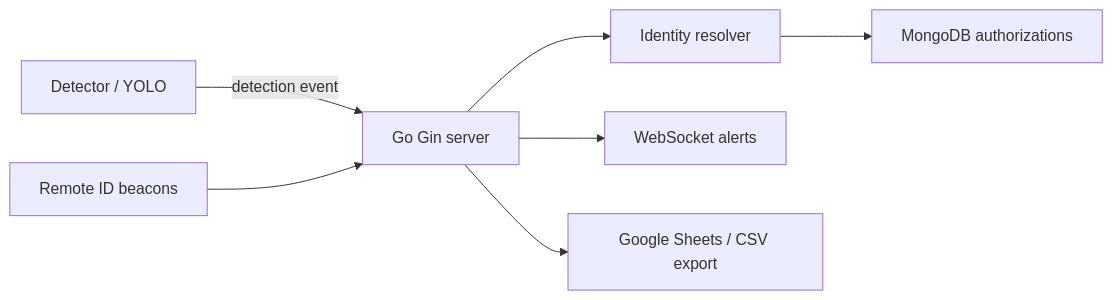
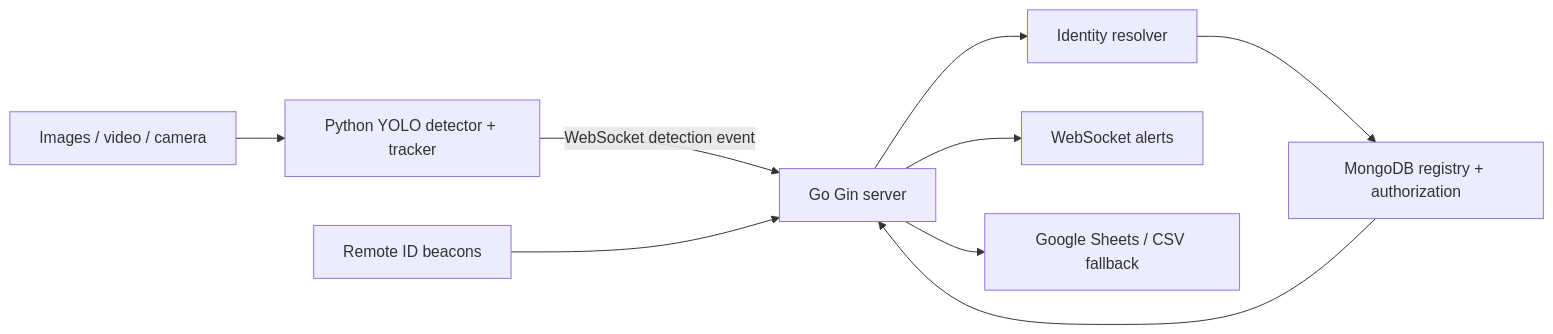
Before and after one commit to aminammar1/drone-detect-app-go: the diagram in README.md, drawn with Mermaid. The commit also changed other lines of this file and 3 other files, not shown here.

````diff
--- a/README.md
+++ b/README.md
@@ -124,9 +29,11 @@
 ```mermaid
 flowchart LR
-    A[Detector / YOLO] -->|detection event| B[Go Gin server]
-    C[Remote ID beacons] --> B
-    B --> D[Identity resolver]
-    D --> E[MongoDB authorizations]
-    B --> F[WebSocket alerts]
-    B --> G[Google Sheets / CSV export]
+    A[Images / video / camera] --> B[Python YOLO detector + tracker]
+    B -->|WebSocket detection event| C[Go Gin server]
+    D[Remote ID beacons] --> C
+    C --> E[Identity resolver]
+    E --> F[MongoDB registry + authorization]
+    F --> C
+    C --> G[WebSocket alerts]
+    C --> H[Google Sheets / CSV fallback]
 ```
````
